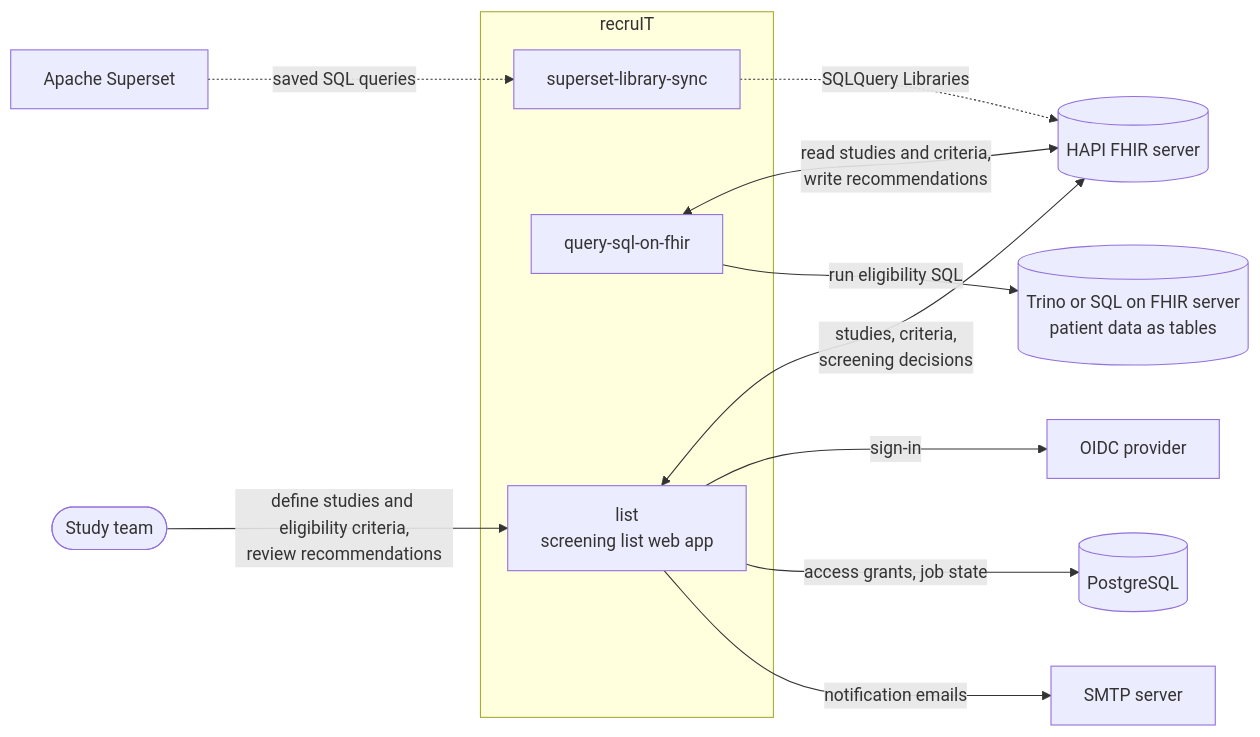
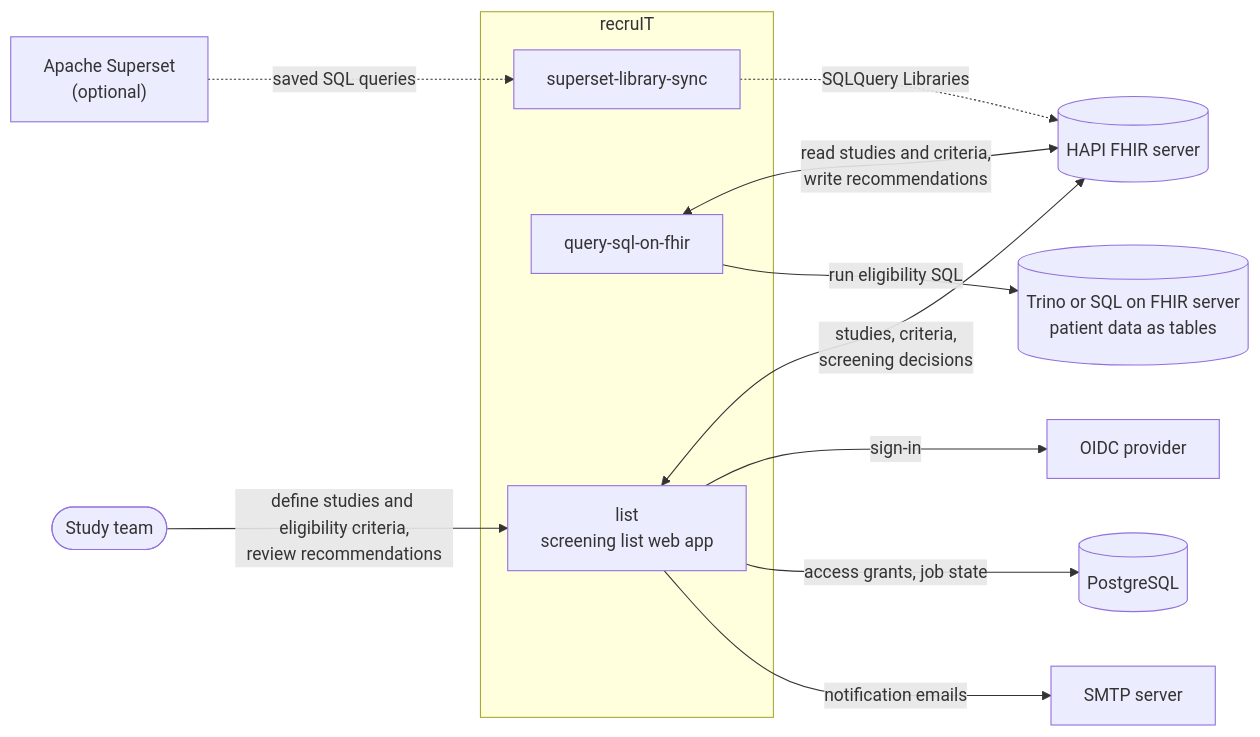
The diagram in docs/index.md (miracum/recruit), drawn with Mermaid before and after one commit. The commit also changed 16 other files, not shown here.

````diff
--- a/docs/index.md
+++ b/docs/index.md
@@ -65,27 +65,27 @@
 ```mermaid
 flowchart LR
     team(["Study team"])
 
     subgraph recruit["recruIT"]
         list["list<br/>screening list web app"]
         query["query-sql-on-fhir"]
         sync["superset-library-sync"]
     end
 
     fhir[("HAPI FHIR server")]
     sql[("Trino or SQL on FHIR server<br/>patient data as tables")]
-    superset["Apache Superset"]
+    superset["Apache Superset<br/>(optional)"]
     db[("PostgreSQL")]
     smtp["SMTP server"]
     oidc["OIDC provider"]
 
     team -->|"define studies and eligibility criteria,<br/>review recommendations"| list
     list <-->|"studies, criteria,<br/>screening decisions"| fhir
     query <-->|"read studies and criteria,<br/>write recommendations"| fhir
     query -->|"run eligibility SQL"| sql
     superset -.->|"saved SQL queries"| sync
     sync -.->|"SQLQuery Libraries"| fhir
     list -->|"sign-in"| oidc
     list -->|"access grants, job state"| db
     list -->|"notification emails"| smtp
 ```
````
